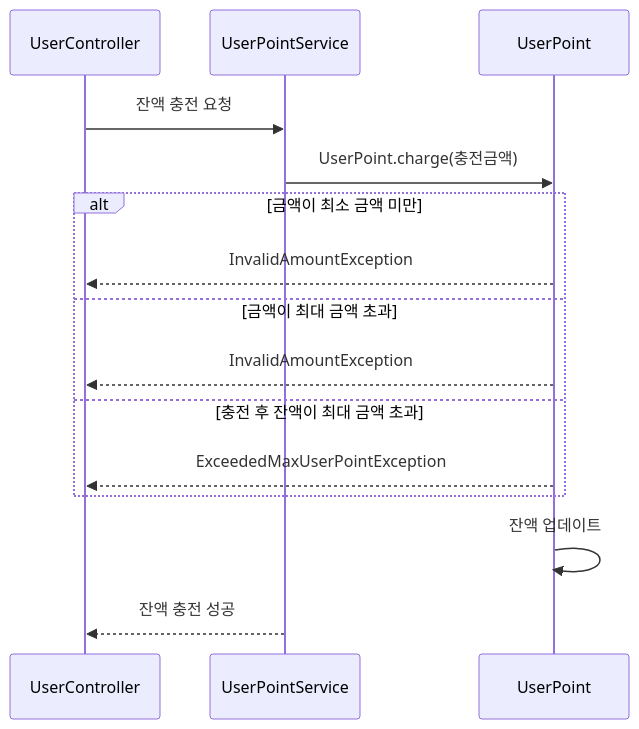
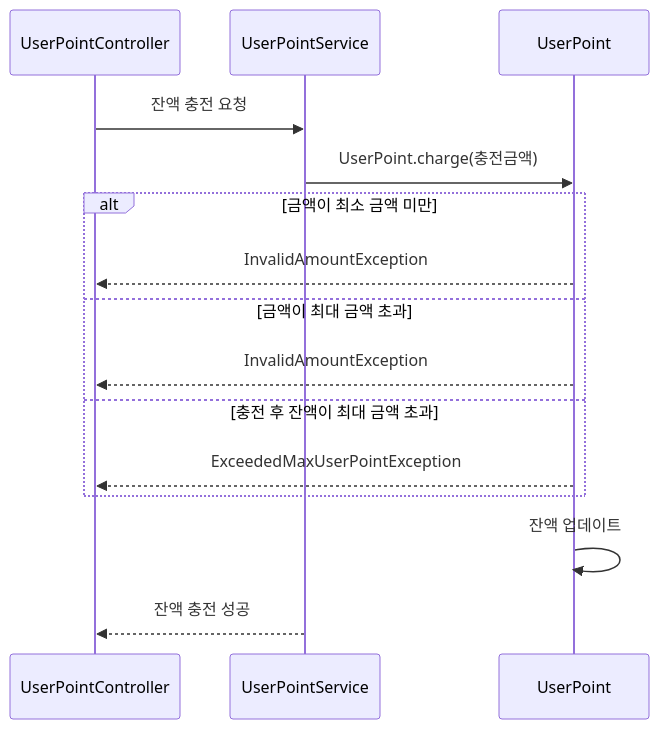
The diagram in docs/sequence/잔액충전.md (Moon-Jang/hhplus-e-commerce), drawn with Mermaid before and after one commit. The commit also changed 1 other file, not shown here.

Commit message:
[docs] 잔액 관련 시퀀스 다이어그램 - UserController -> UserPointController로 수정

````diff
--- a/docs/sequence/잔액충전.md
+++ b/docs/sequence/잔액충전.md
@@ -1,21 +1,21 @@
 ```mermaid
 sequenceDiagram
-    participant UserController
+    participant UserPointController
     participant UserPointService
     participant UserPoint
 
-    UserController->>UserPointService: 잔액 충전 요청
+    UserPointController->>UserPointService: 잔액 충전 요청
 
     UserPointService->>UserPoint: UserPoint.charge(충전금액)
 
     alt 금액이 최소 금액 미만
-        UserPoint-->>UserController: InvalidAmountException
+        UserPoint-->>UserPointController: InvalidAmountException
     else 금액이 최대 금액 초과
-        UserPoint-->>UserController: InvalidAmountException
+        UserPoint-->>UserPointController: InvalidAmountException
     else 충전 후 잔액이 최대 금액 초과
-        UserPoint-->>UserController: ExceededMaxUserPointException
+        UserPoint-->>UserPointController: ExceededMaxUserPointException
     end
 
     UserPoint->>UserPoint: 잔액 업데이트
-    UserPointService-->>UserController: 잔액 충전 성공
+    UserPointService-->>UserPointController: 잔액 충전 성공
 ```
````
